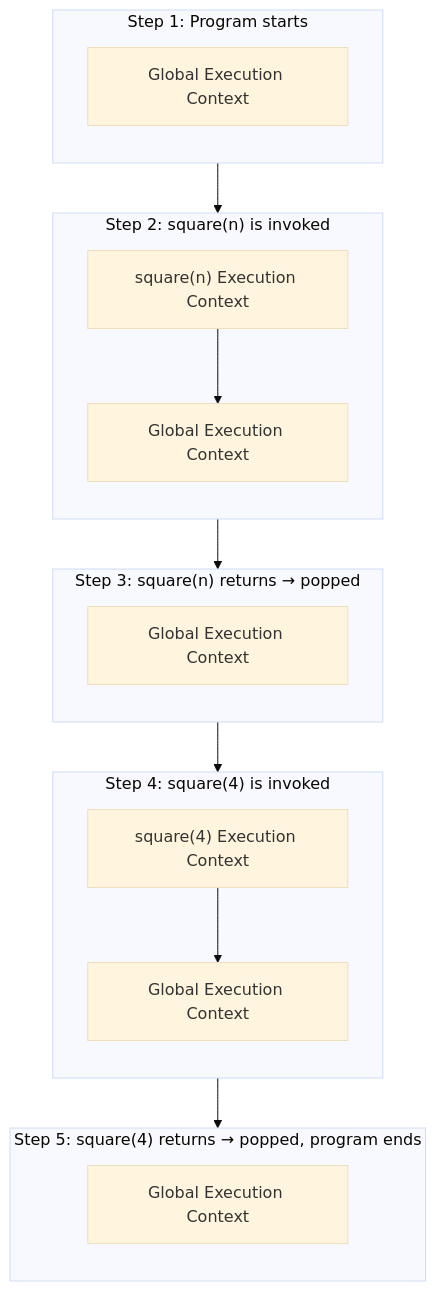
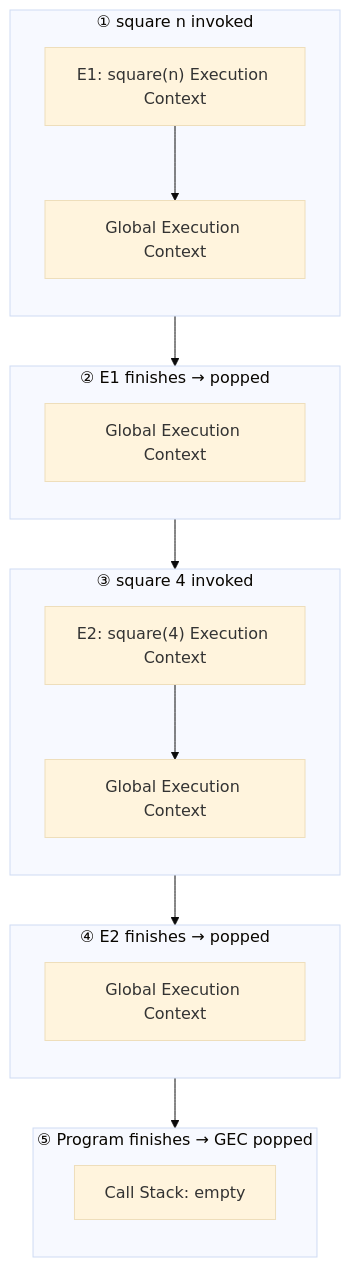
One commit to Cheeras/LearningPlaywright3x changed the fifth of 5 diagrams in IQ_Notes/JavascriptNotes/JavaScript_Execution_Context_Guide.md. Above: the diagram before and after it, drawn with Mermaid (base theme). The commit also changed other lines of this file and 2 other files, not shown here.

First line of the commit message:
Update README.md and enhance Call Stack content in Execution Context notes

````diff
--- a/IQ_Notes/JavascriptNotes/JavaScript_Execution_Context_Guide.md
+++ b/IQ_Notes/JavascriptNotes/JavaScript_Execution_Context_Guide.md
@@ -193,29 +211,25 @@
 ```mermaid
 flowchart TB
-    subgraph S1["Step 1: Program starts"]
+    subgraph Push1["① square n invoked"]
         direction TB
-        G1["Global Execution Context"]
+        E1a["E1: square(n) Execution Context"] --> GEC1a["Global Execution Context"]
+    end
+    subgraph Pop1["② E1 finishes → popped"]
+        direction TB
+        GEC1b["Global Execution Context"]
+    end
+    subgraph Push2["③ square 4 invoked"]
+        direction TB
+        E2a["E2: square(4) Execution Context"] --> GEC2a["Global Execution Context"]
+    end
+    subgraph Pop2["④ E2 finishes → popped"]
+        direction TB
+        GEC2b["Global Execution Context"]
+    end
+    subgraph Done["⑤ Program finishes → GEC popped"]
+        direction TB
+        Empty["Call Stack: empty"]
     end
 
-    subgraph S2["Step 2: square(n) is invoked"]
-        direction TB
-        F2["square(n) Execution Context"] --> G2["Global Execution Context"]
-    end
-
-    subgraph S3["Step 3: square(n) returns → popped"]
-        direction TB
-        G3["Global Execution Context"]
-    end
-
-    subgraph S4["Step 4: square(4) is invoked"]
-        direction TB
-        F4["square(4) Execution Context"] --> G4["Global Execution Context"]
-    end
-
-    subgraph S5["Step 5: square(4) returns → popped, program ends"]
-        direction TB
-        G5["Global Execution Context"]
-    end
-
-    S1 --> S2 --> S3 --> S4 --> S5
+    Push1 --> Pop1 --> Push2 --> Pop2 --> Done
 ```
````
